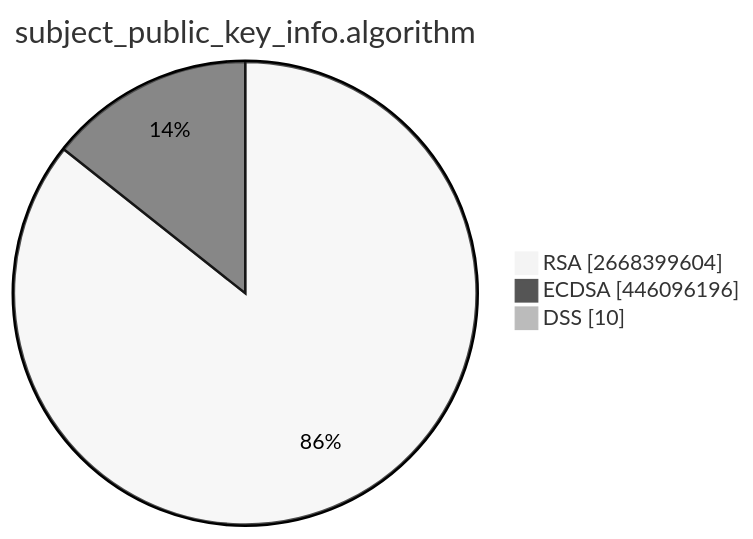
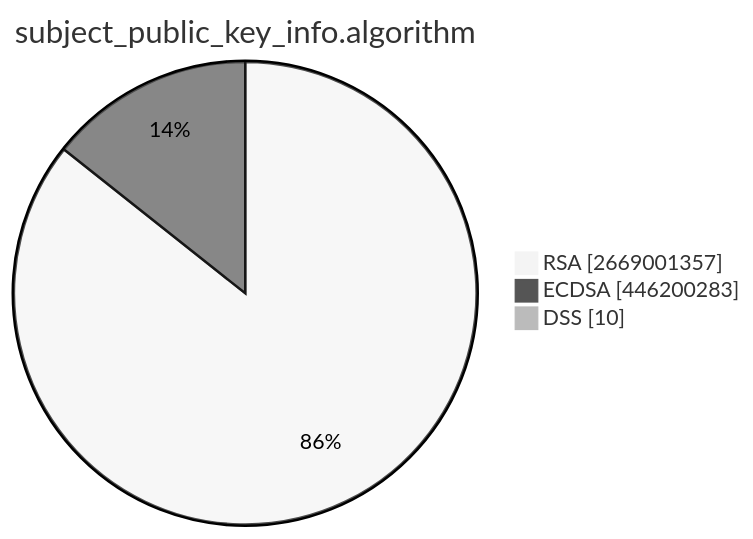
The second of 15 diagrams in TOTAL/README.md (christiankrug/ctmonitor_visualization), drawn with Mermaid (neutral theme) before and after one commit. The commit also changed other lines of this file, not shown here.

````diff
--- a/TOTAL/README.md
+++ b/TOTAL/README.md
@@ -6,7 +6,7 @@
 ```mermaid
 pie showData
 title subject_public_key_info.algorithm
-"RSA" :2668399604
-"ECDSA" :446096196
+"RSA" :2669001357
+"ECDSA" :446200283
 "DSS" :10
 ```
````
